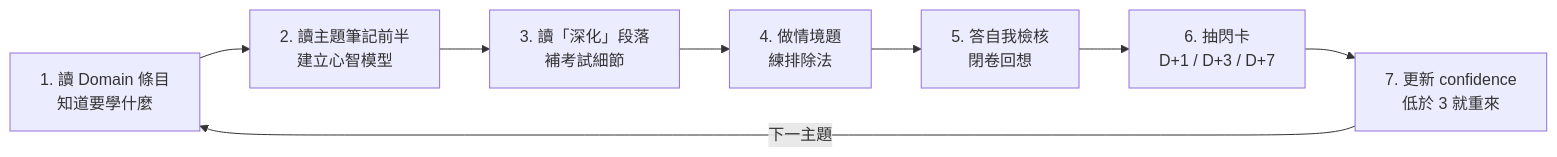
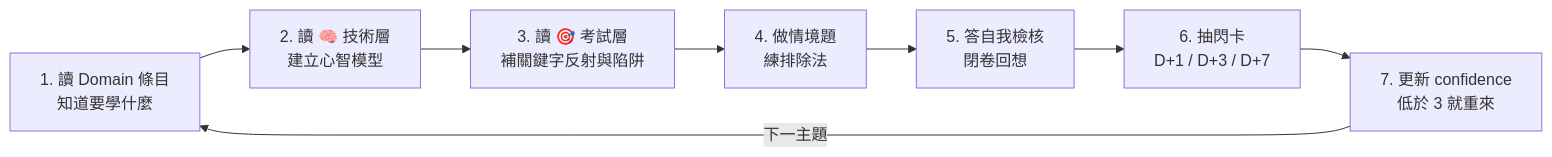
Before and after one commit to ChunPingWang/aws-saa-003-prepartaion: the diagram in 00-開始這裡/01 如何使用本 Vault.md, drawn with Mermaid. The commit also changed other lines of this file and 22 other files, not shown here.

````diff
--- a/00-開始這裡/01 如何使用本 Vault.md
+++ b/00-開始這裡/01 如何使用本 Vault.md
@@ -38,10 +50,10 @@
 ```mermaid
 flowchart LR
-    A["1. 讀 Domain 條目<br/>知道要學什麼"] --> B["2. 讀主題筆記前半<br/>建立心智模型"]
-    B --> C["3. 讀「深化」段落<br/>補考試細節"]
+    A["1. 讀 Domain 條目<br/>知道要學什麼"] --> B["2. 讀 🧠 技術層<br/>建立心智模型"]
+    B --> C["3. 讀 🎯 考試層<br/>補關鍵字反射與陷阱"]
     C --> D["4. 做情境題<br/>練排除法"]
     D --> E["5. 答自我檢核<br/>閉卷回想"]
     E --> F["6. 抽閃卡<br/>D+1 / D+3 / D+7"]
     F --> G["7. 更新 confidence<br/>低於 3 就重來"]
     G -->|下一主題| A
 ```
````
